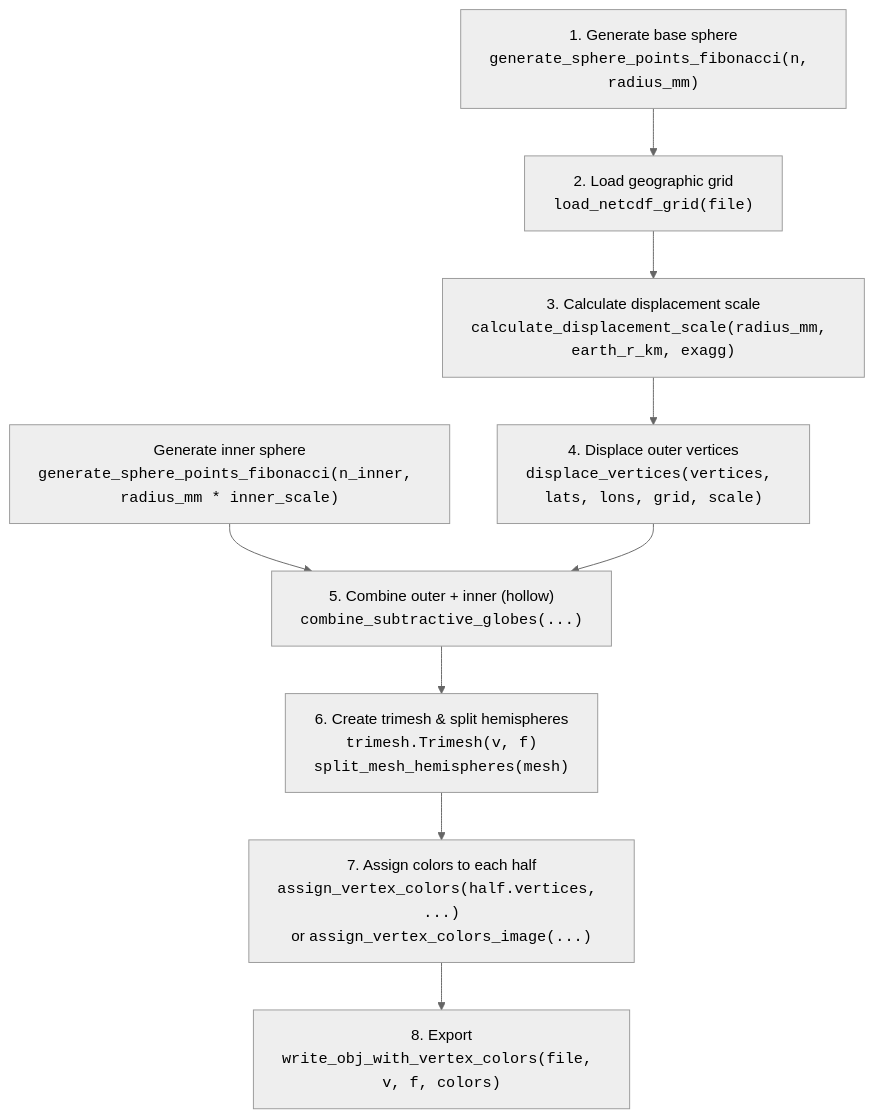
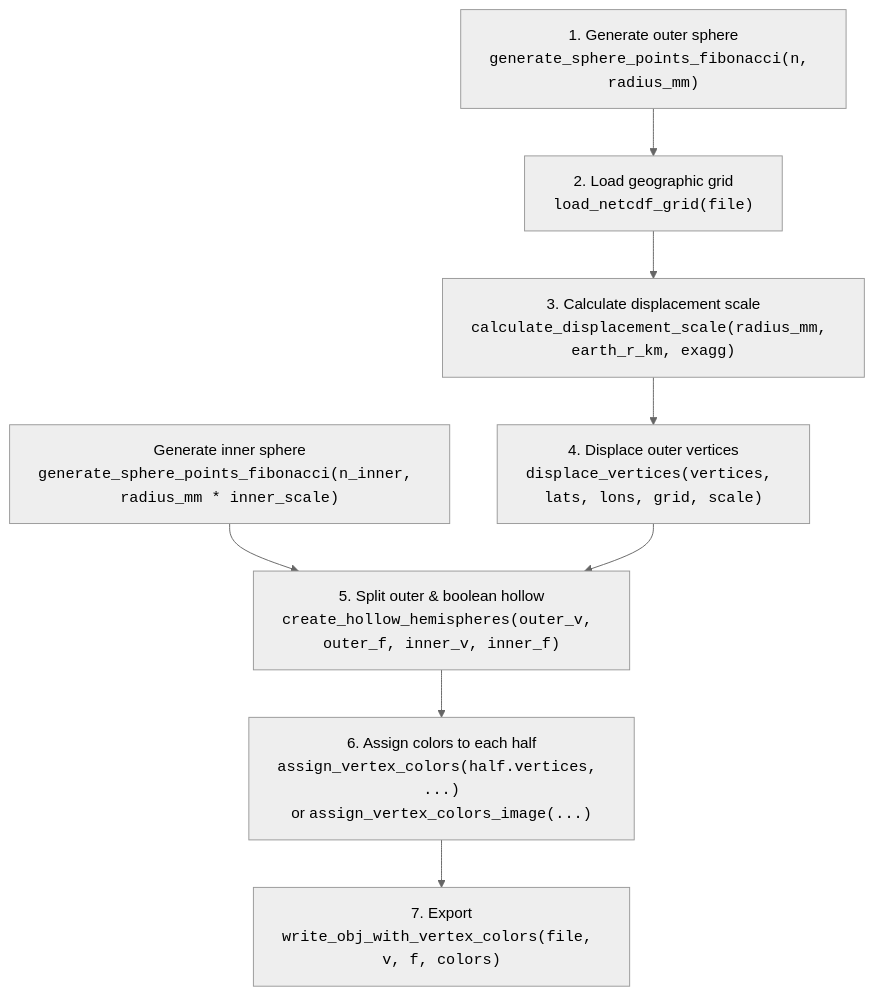
One commit to jeffwinterbourne/3D_globes changed the second of 2 diagrams in DEVELOPER_GUIDE.md. Above: the diagram before and after it, drawn with Mermaid (neutral theme). The commit also changed other lines of this file and 3 other files, not shown here.

````diff
--- a/DEVELOPER_GUIDE.md
+++ b/DEVELOPER_GUIDE.md
@@ -278,19 +289,17 @@
 ```mermaid
 flowchart TD
-    A["1. Generate base sphere<br/><code>generate_sphere_points_fibonacci(n, radius_mm)</code>"] --> B
+    A["1. Generate outer sphere<br/><code>generate_sphere_points_fibonacci(n, radius_mm)</code>"] --> B
     A2["Generate inner sphere<br/><code>generate_sphere_points_fibonacci(n_inner, radius_mm * inner_scale)</code>"] --> E
 
     B["2. Load geographic grid<br/><code>load_netcdf_grid(file)</code>"] --> C
 
     C["3. Calculate displacement scale<br/><code>calculate_displacement_scale(radius_mm, earth_r_km, exagg)</code>"] --> D
 
     D["4. Displace outer vertices<br/><code>displace_vertices(vertices, lats, lons, grid, scale)</code>"] --> E
 
-    E["5. Combine outer + inner (hollow)<br/><code>combine_subtractive_globes(...)</code>"] --> F
+    E["5. Split outer & boolean hollow<br/><code>create_hollow_hemispheres(outer_v, outer_f, inner_v, inner_f)</code>"] --> G
 
-    F["6. Create trimesh & split hemispheres<br/><code>trimesh.Trimesh(v, f)</code><br/><code>split_mesh_hemispheres(mesh)</code>"] --> G
+    G["6. Assign colors to each half<br/><code>assign_vertex_colors(half.vertices, ...)</code><br/>or <code>assign_vertex_colors_image(...)</code>"] --> H
 
-    G["7. Assign colors to each half<br/><code>assign_vertex_colors(half.vertices, ...)</code><br/>or <code>assign_vertex_colors_image(...)</code>"] --> H
-
-    H["8. Export<br/><code>write_obj_with_vertex_colors(file, v, f, colors)</code>"]
+    H["7. Export<br/><code>write_obj_with_vertex_colors(file, v, f, colors)</code>"]
 ```
````
